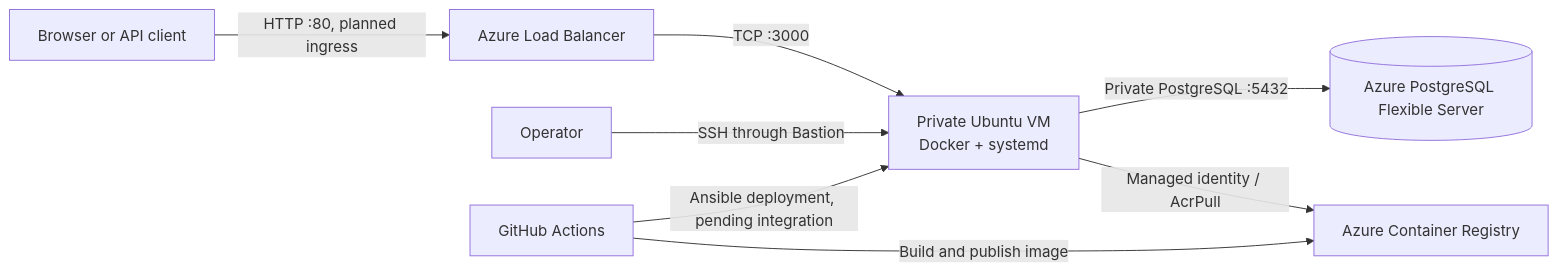
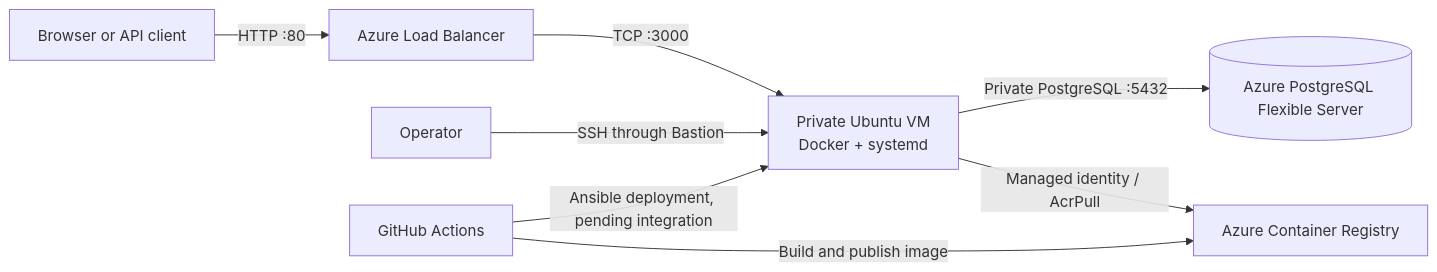
Before and after one commit to Kaerica/Project-foundation-and-secure-collaboration: the diagram in README.md, drawn with Mermaid. The commit also changed other lines of this file and 4 other files, not shown here.

````diff
--- a/README.md
+++ b/README.md
@@ -34,10 +34,10 @@
 ```mermaid
 flowchart LR
-  User[Browser or API client] -->|HTTP :80, planned ingress| LB[Azure Load Balancer]
+  User[Browser or API client] -->|HTTP :80| LB[Azure Load Balancer]
   LB -->|TCP :3000| VM[Private Ubuntu VM\nDocker + systemd]
   VM -->|Private PostgreSQL :5432| DB[(Azure PostgreSQL Flexible Server)]
   VM -->|Managed identity / AcrPull| ACR[Azure Container Registry]
   Operator -->|SSH through Bastion| VM
   CI[GitHub Actions] -->|Build and publish image| ACR
   CI -->|Ansible deployment, pending integration| VM
 ```
````
